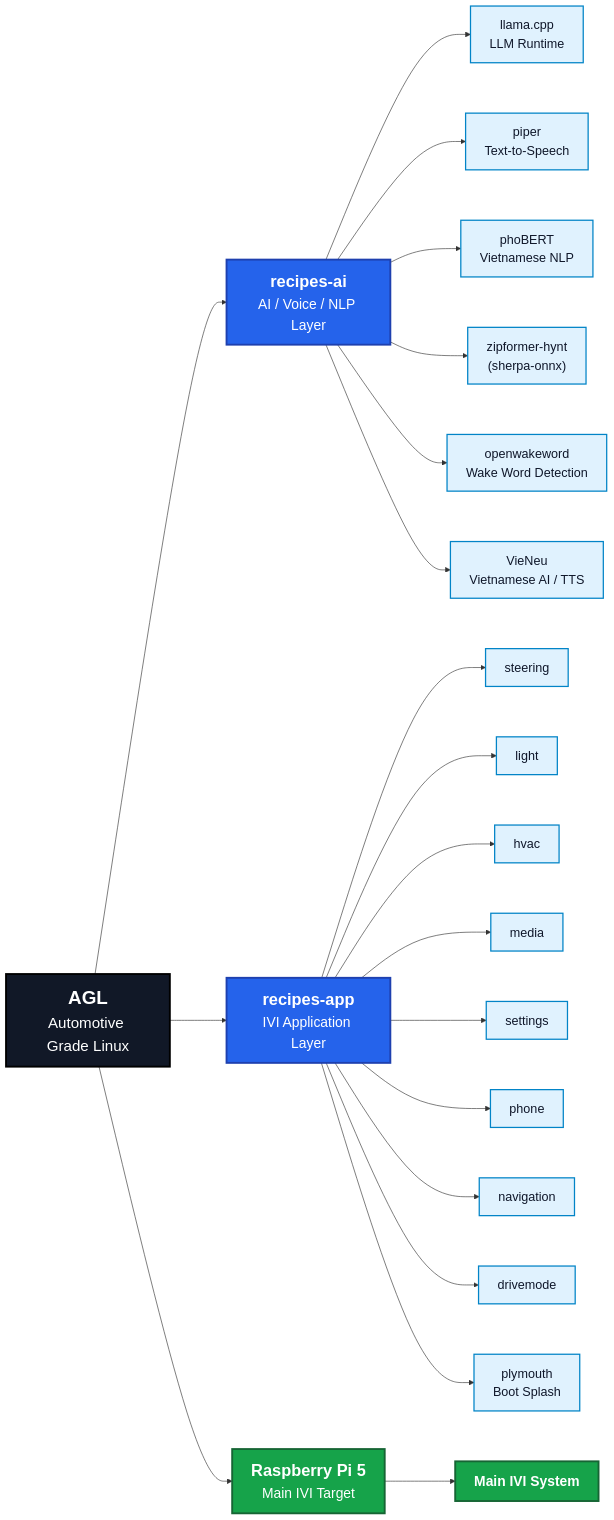
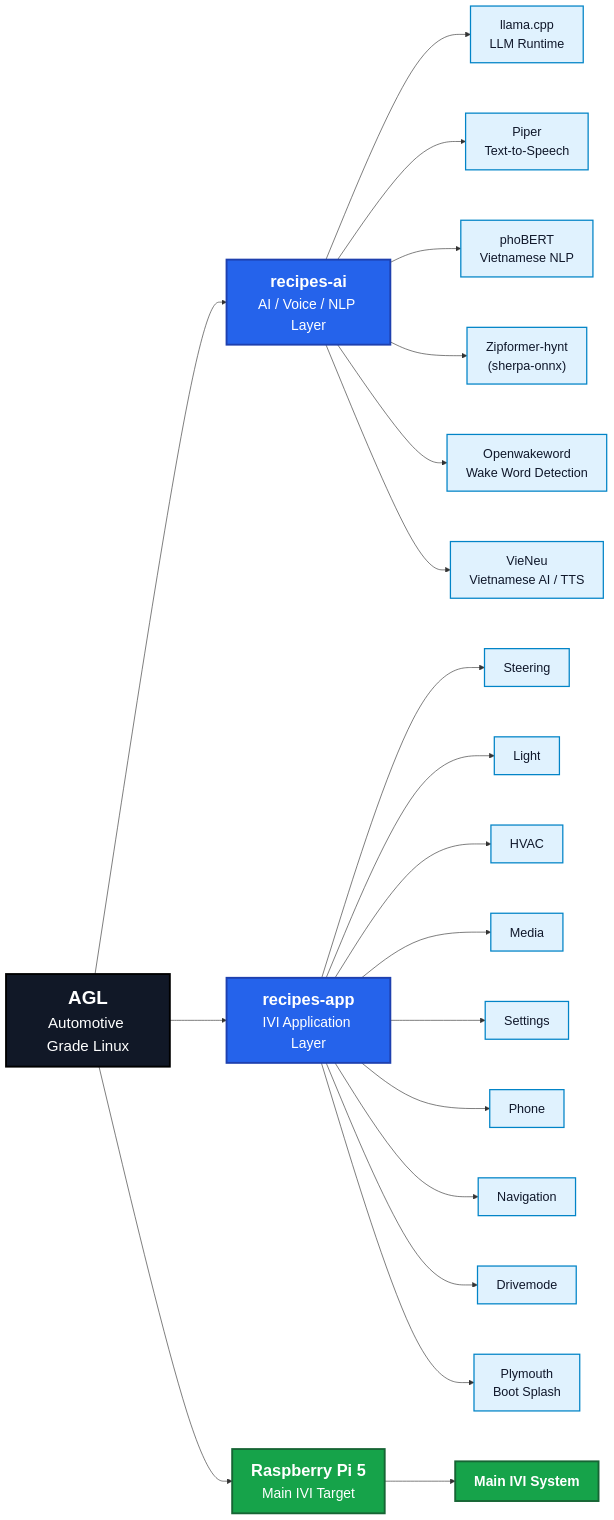
One commit to hnam-nesg/AGL changed the diagram in README.md. Above: the diagram before and after it, drawn with Mermaid.

````diff
--- a/README.md
+++ b/README.md
@@ -35,50 +35,50 @@
 ```mermaid
 %%{init: {
   "flowchart": {
     "htmlLabels": true,
     "nodeSpacing": 80,
     "rankSpacing": 90,
     "curve": "basis"
   },
   "themeVariables": {
     "fontSize": "22px",
     "fontFamily": "Arial"
   }
 }}%%
 
 flowchart LR
     AGL["<b style='font-size:30px'>AGL</b><br/><span style='font-size:20px'>Automotive Grade Linux</span>"]
 
     AGL --> AI["<b style='font-size:26px'>recipes-ai</b><br/><span style='font-size:18px'>AI / Voice / NLP Layer</span>"]
     AGL --> APP["<b style='font-size:26px'>recipes-app</b><br/><span style='font-size:18px'>IVI Application Layer</span>"]
     AGL --> RPI["<b style='font-size:26px'>Raspberry Pi 5</b><br/><span style='font-size:18px'>Main IVI Target</span>"]
 
     AI --> LLAMA["llama.cpp<br/>LLM Runtime"]
-    AI --> PIPER["piper<br/>Text-to-Speech"]
+    AI --> PIPER["Piper<br/>Text-to-Speech"]
     AI --> PHOBERT["phoBERT<br/>Vietnamese NLP"]
-    AI --> ZIP["zipformer-hynt<br/>(sherpa-onnx)"]
-    AI --> WAKE["openwakeword<br/>Wake Word Detection"]
+    AI --> ZIP["Zipformer-hynt<br/>(sherpa-onnx)"]
+    AI --> WAKE["Openwakeword<br/>Wake Word Detection"]
     AI --> VIENEU["VieNeu<br/>Vietnamese AI / TTS"]
 
-    APP --> STEERING["steering"]
-    APP --> LIGHT["light"]
-    APP --> HVAC["hvac"]
-    APP --> MEDIA["media"]
-    APP --> SETTINGS["settings"]
-    APP --> PHONE["phone"]
-    APP --> NAV["navigation"]
-    APP --> DRIVEMODE["drivemode"]
-    APP --> PLYMOUTH["plymouth<br/>Boot Splash"]
+    APP --> STEERING["Steering"]
+    APP --> LIGHT["Light"]
+    APP --> HVAC["HVAC"]
+    APP --> MEDIA["Media"]
+    APP --> SETTINGS["Settings"]
+    APP --> PHONE["Phone"]
+    APP --> NAV["Navigation"]
+    APP --> DRIVEMODE["Drivemode"]
+    APP --> PLYMOUTH["Plymouth<br/>Boot Splash"]
 
     RPI --> MAIN["<b>Main IVI System</b>"]
 
     classDef root fill:#111827,color:#ffffff,stroke:#000000,stroke-width:3px,font-size:24px;
     classDef group fill:#2563eb,color:#ffffff,stroke:#1e40af,stroke-width:3px,font-size:22px;
     classDef item fill:#e0f2fe,color:#0f172a,stroke:#0284c7,stroke-width:2px,font-size:20px;
     classDef target fill:#16a34a,color:#ffffff,stroke:#166534,stroke-width:3px,font-size:22px;
 
     class AGL root;
     class AI,APP group;
     class LLAMA,PIPER,PHOBERT,ZIP,WAKE,VIENEU,STEERING,LIGHT,HVAC,MEDIA,SETTINGS,PHONE,NAV,DRIVEMODE,PLYMOUTH item;
     class RPI,MAIN target;
 ```
````
